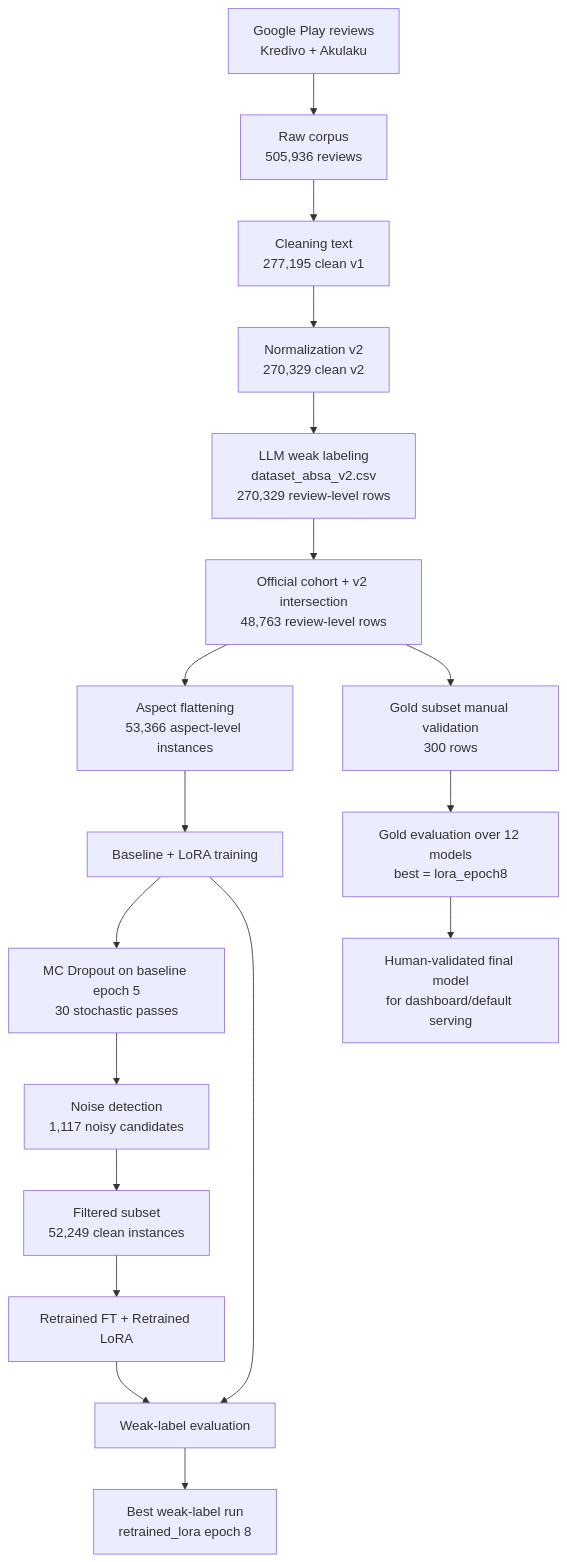
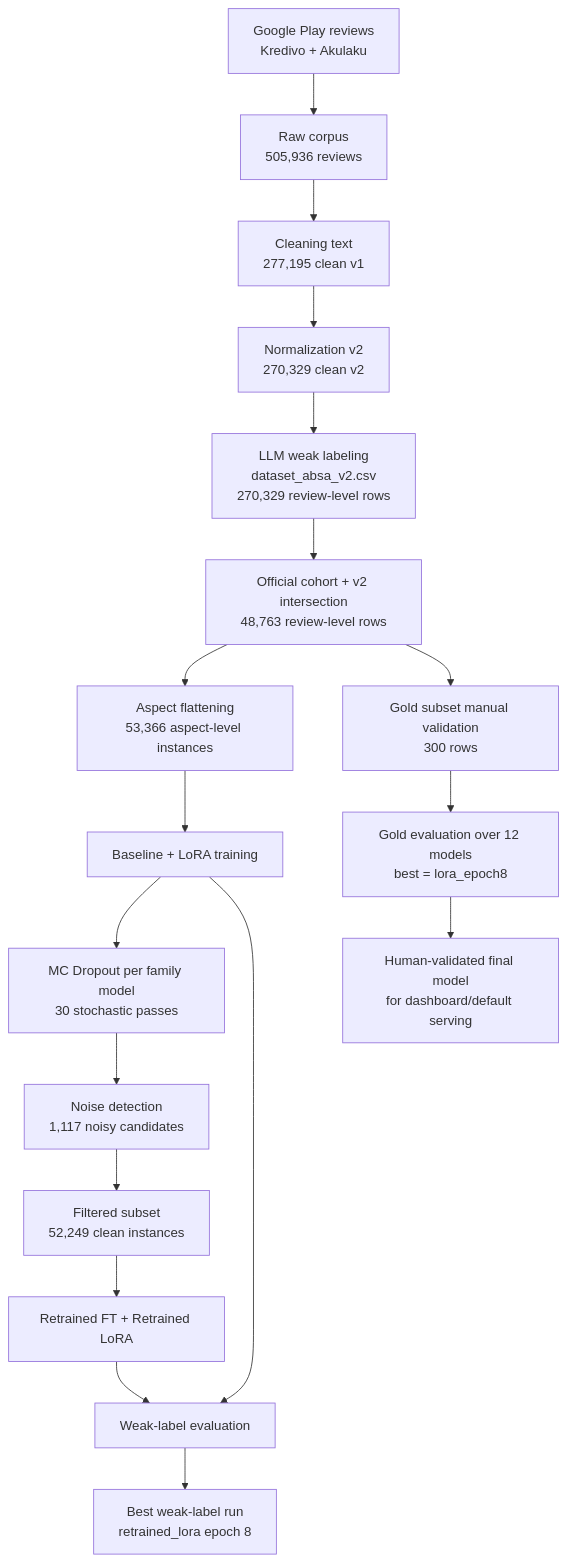
The diagram in docs/EXPERIMENTAL_DESIGN_MATERIALS_METHODS_REPO.md (alvin-agustio/absa-fintech-review), drawn with Mermaid before and after one commit. The commit also changed other lines of this file and 95 other files, not shown here.

````diff
--- a/docs/EXPERIMENTAL_DESIGN_MATERIALS_METHODS_REPO.md
+++ b/docs/EXPERIMENTAL_DESIGN_MATERIALS_METHODS_REPO.md
@@ -13,20 +13,20 @@
 ```mermaid
 flowchart TD
     A[Google Play reviews<br/>Kredivo + Akulaku] --> B[Raw corpus<br/>505,936 reviews]
     B --> C[Cleaning text<br/>277,195 clean v1]
     C --> D[Normalization v2<br/>270,329 clean v2]
     D --> E[LLM weak labeling<br/>dataset_absa_v2.csv<br/>270,329 review-level rows]
     E --> F[Official cohort + v2 intersection<br/>48,763 review-level rows]
     F --> G[Aspect flattening<br/>53,366 aspect-level instances]
     G --> H[Baseline + LoRA training]
-    H --> I[MC Dropout on baseline epoch 5<br/>30 stochastic passes]
+    H --> I[MC Dropout per family model<br/>30 stochastic passes]
     I --> J[Noise detection<br/>1,117 noisy candidates]
     J --> K[Filtered subset<br/>52,249 clean instances]
     K --> L[Retrained FT + Retrained LoRA]
     H --> M[Weak-label evaluation]
     L --> M
     F --> N[Gold subset manual validation<br/>300 rows]
     M --> O[Best weak-label run<br/>retrained_lora epoch 8]
     N --> P[Gold evaluation over 12 models<br/>best = lora_epoch8]
     P --> Q[Human-validated final model<br/>for dashboard/default serving]
 ```
````
